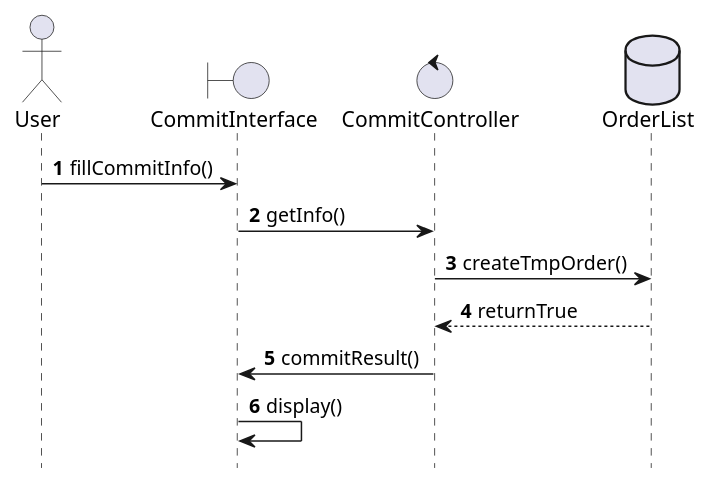
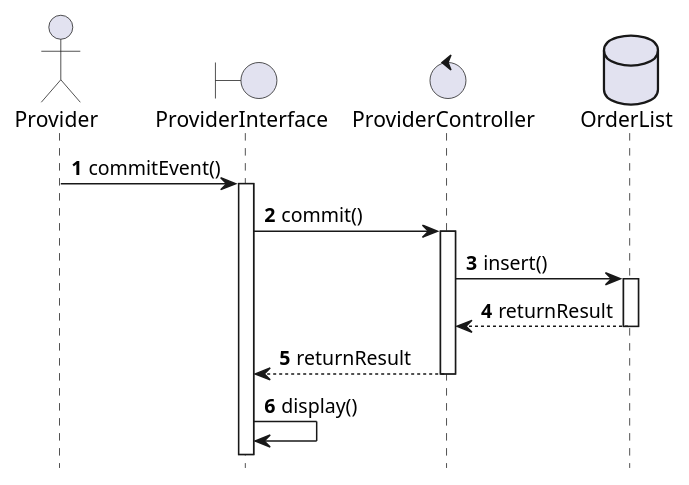
Before and after one commit to wwyf/Waterfall: the diagram in report/misc/figure_src/sequence_diagram/sd_commitOrder.puml, drawn with PlantUML. The commit also changed 40 other files, not shown here.

```diff
--- a/report/misc/figure_src/sequence_diagram/sd_commitOrder.puml
+++ b/report/misc/figure_src/sequence_diagram/sd_commitOrder.puml
@@ -1,19 +1,29 @@
 @startuml
 ''' 省略底部
 	hide footbox 
 
 ''' 定义类
-	actor User as act
-	boundary CommitInterface as bou
-	control CommitController as con
+	actor Provider as act
+	boundary ProviderInterface as bou
+	control ProviderController as con
 	database OrderList as db
 
 	autonumber
-	act -> bou : fillCommitInfo()
-	bou -> con : getInfo()
-	con -> db : createTmpOrder()
-	db --> con : returnTrue 
-	con -> bou : commitResult()
+	act -> bou : commitEvent()
+	activate bou
+
+	bou -> con : commit()
+	activate con
+
+	con -> db : insert()
+	activate db
+
+	db --> con : returnResult
+	deactivate db
+
+	con --> bou : returnResult
+	deactivate con
+	
 	bou -> bou : display()
 
 @enduml
```
